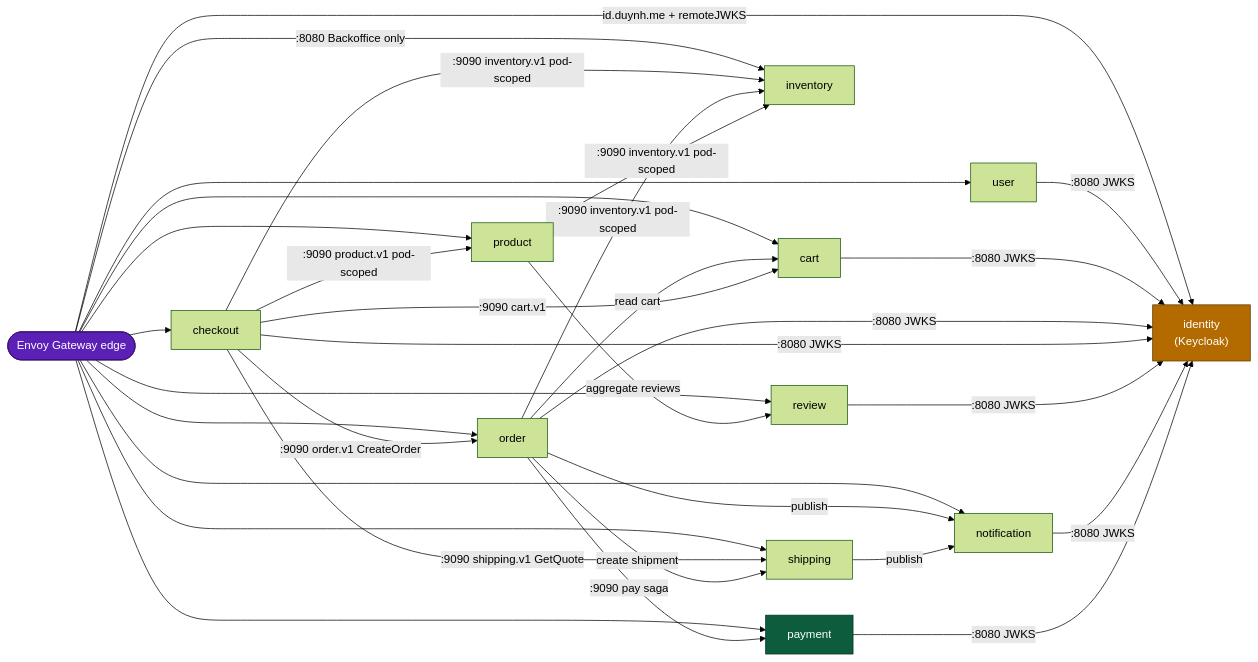
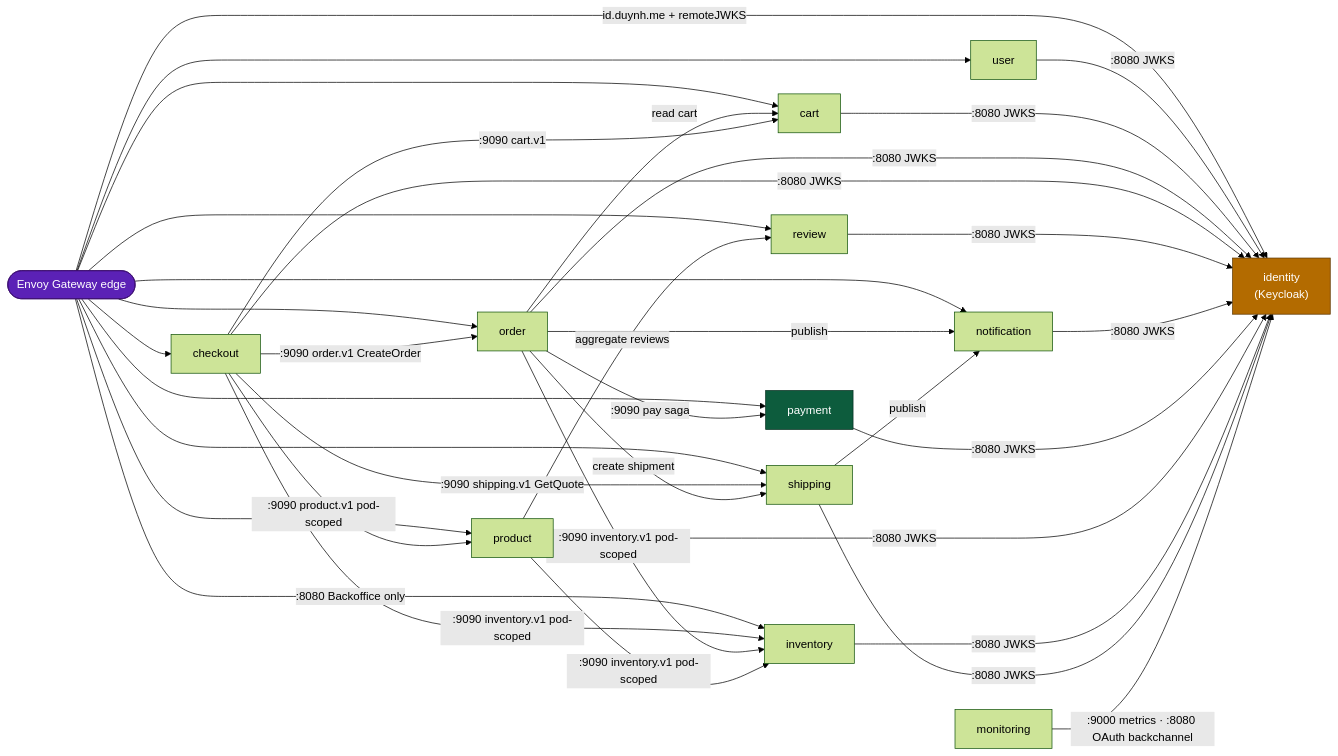
One commit to duynhlab/homelab changed the second of 3 diagrams in docs/security/network-policies.md. Above: the diagram before and after it, drawn with Mermaid (forest theme). The commit also changed other lines of this file and 10 other files, not shown here.

````diff
--- a/docs/security/network-policies.md
+++ b/docs/security/network-policies.md
@@ -141,42 +145,46 @@
 ```mermaid
 flowchart LR
     EDGE([Envoy Gateway edge]):::gw
     IDP["identity<br/>(Keycloak)"]:::idp
     USER[user]
     PRODUCT[product]
     CART[cart]
     ORDER[order]
     CHECKOUT[checkout]
     INV[inventory]
     REVIEW[review]
     NOTIF[notification]
     SHIP[shipping]
     PAYMENT[payment]:::pay
 
     %% North-south: the gateway's ingress allows
     EDGE --> USER & PRODUCT & CART & ORDER & CHECKOUT & REVIEW & NOTIF & SHIP & PAYMENT
     EDGE -->|"id.duynh.me + remoteJWKS"| IDP
     EDGE -->|":8080 Backoffice only"| INV
 
-    %% The seven pkg/authmw services fetch the JWKS themselves (added 2026-08-22).
+    %% The ten pkg/authmw services fetch the JWKS themselves (added 2026-08-22).
     %% Their verifier is the authoritative one and is fail-closed, so this is not
     %% redundancy with the edge -- without it every private route answers 401.
-    USER & CART & ORDER & CHECKOUT & REVIEW & NOTIF & PAYMENT -->|":8080 JWKS"| IDP
+    USER & CART & ORDER & CHECKOUT & REVIEW & NOTIF & PAYMENT & PRODUCT & INV & SHIP -->|":8080 JWKS"| IDP
+
+    %% Staff SSO backchannel (ADR-062): Grafana exchanges the OAuth code and
+    %% reads userinfo against the in-cluster Service.
+    MON[monitoring] -->|":9000 metrics · :8080 OAuth backchannel"| IDP
 
     %% East-west business calls
     ORDER -->|read cart| CART
     CHECKOUT -->|":9090 cart.v1"| CART
     CHECKOUT -->|":9090 order.v1 CreateOrder"| ORDER
     CHECKOUT -->|":9090 product.v1 pod-scoped"| PRODUCT
     CHECKOUT -->|":9090 shipping.v1 GetQuote"| SHIP
     CHECKOUT & ORDER & PRODUCT -->|":9090 inventory.v1 pod-scoped"| INV
     PRODUCT -->|aggregate reviews| REVIEW
     ORDER -->|publish| NOTIF
     SHIP -->|publish| NOTIF
     ORDER -->|create shipment| SHIP
     ORDER -->|":9090 pay saga"| PAYMENT
 
     classDef gw fill:#5b21b6,color:#fff,stroke:#3b0d6e
     classDef idp fill:#b36b00,color:#fff,stroke:#5c3600
     classDef pay fill:#0d5c3d,color:#fff,stroke:#063020
 ```
````
